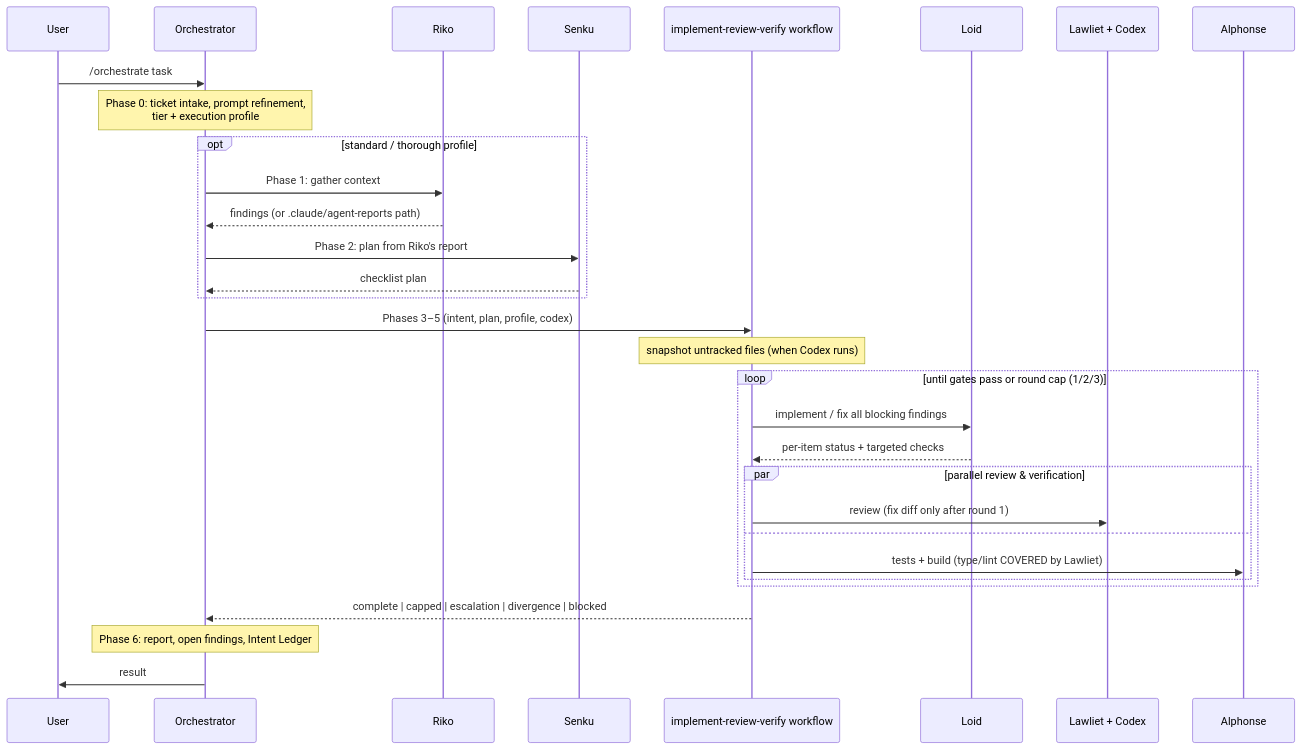
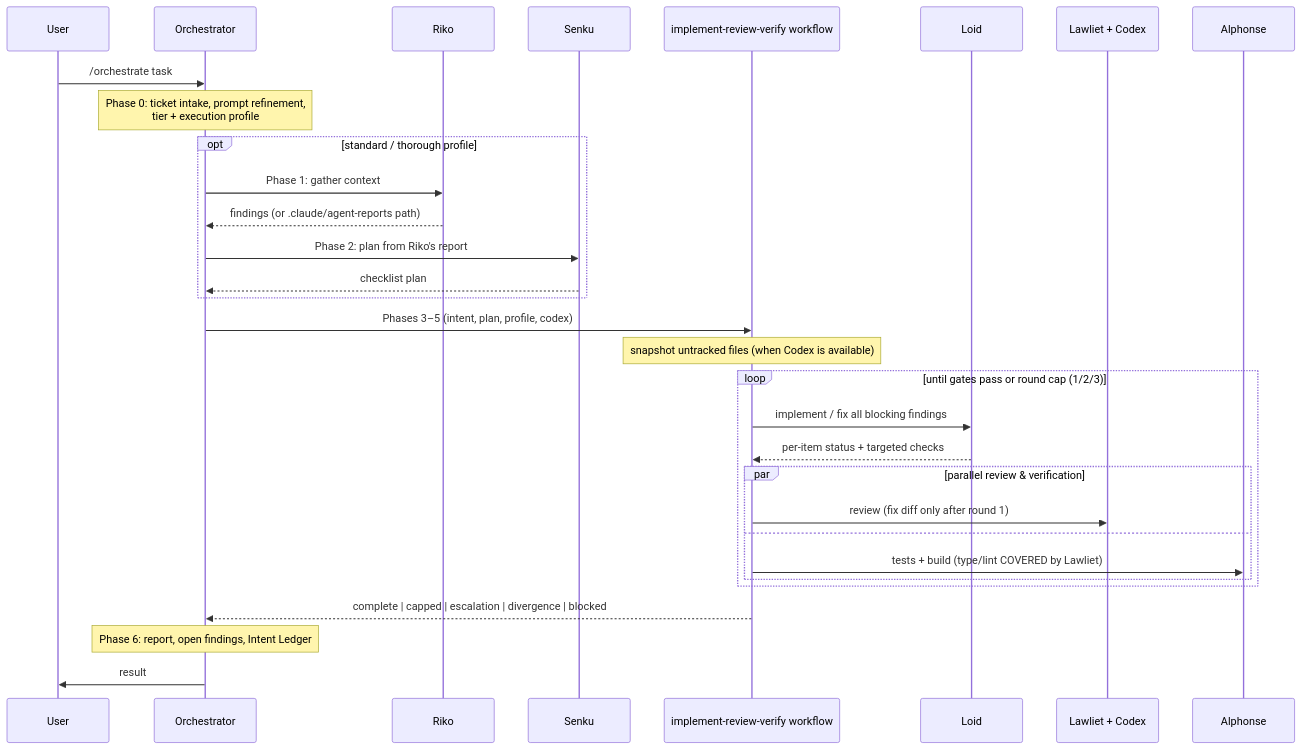
Before and after one commit to josix/agent-flow: the first of 3 diagrams in docs/reference/commands.md, drawn with Mermaid. The commit also changed other lines of this file and 61 other files, not shown here.

````diff
--- a/docs/reference/commands.md
+++ b/docs/reference/commands.md
@@ -49,34 +49,34 @@
 ```mermaid
 sequenceDiagram
     participant U as User
     participant O as Orchestrator
     participant R as Riko
     participant S as Senku
     participant W as implement-review-verify workflow
     participant L as Loid
     participant LW as Lawliet + Codex
     participant A as Alphonse
 
     U->>O: /orchestrate task
     Note over O: Phase 0: ticket intake, prompt refinement,<br/>tier + execution profile
     opt standard / thorough profile
         O->>R: Phase 1: gather context
         R-->>O: findings (or .claude/agent-reports path)
         O->>S: Phase 2: plan from Riko's report
         S-->>O: checklist plan
     end
     O->>W: Phases 3–5 (intent, plan, profile, codex)
-    Note over W: snapshot untracked files (when Codex runs)
+    Note over W: snapshot untracked files (when Codex is available)
     loop until gates pass or round cap (1/2/3)
         W->>L: implement / fix all blocking findings
         L-->>W: per-item status + targeted checks
         par parallel review & verification
             W->>LW: review (fix diff only after round 1)
         and
             W->>A: tests + build (type/lint COVERED by Lawliet)
         end
     end
     W-->>O: complete | capped | escalation | divergence | blocked
     Note over O: Phase 6: report, open findings, Intent Ledger
     O->>U: result
 ```
````
